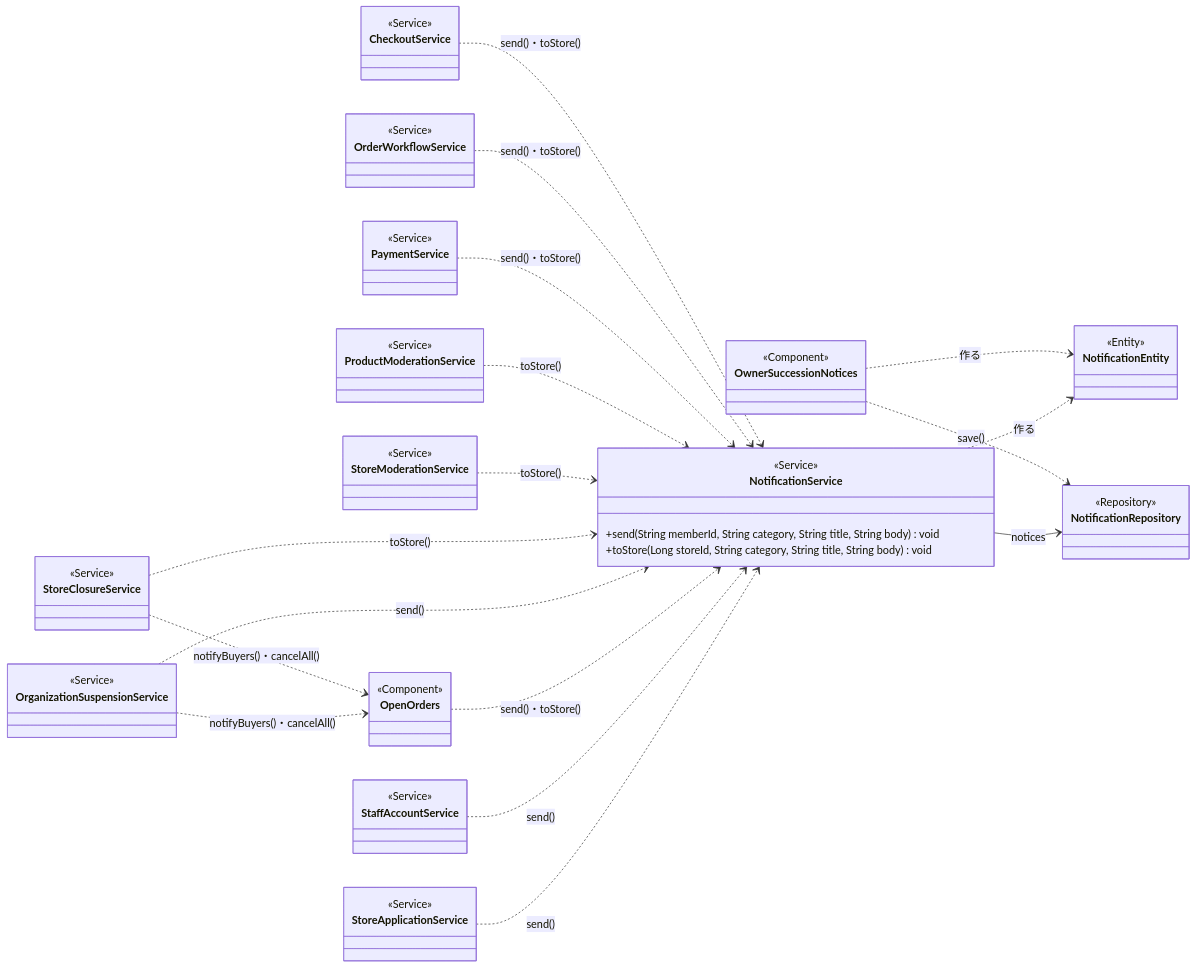
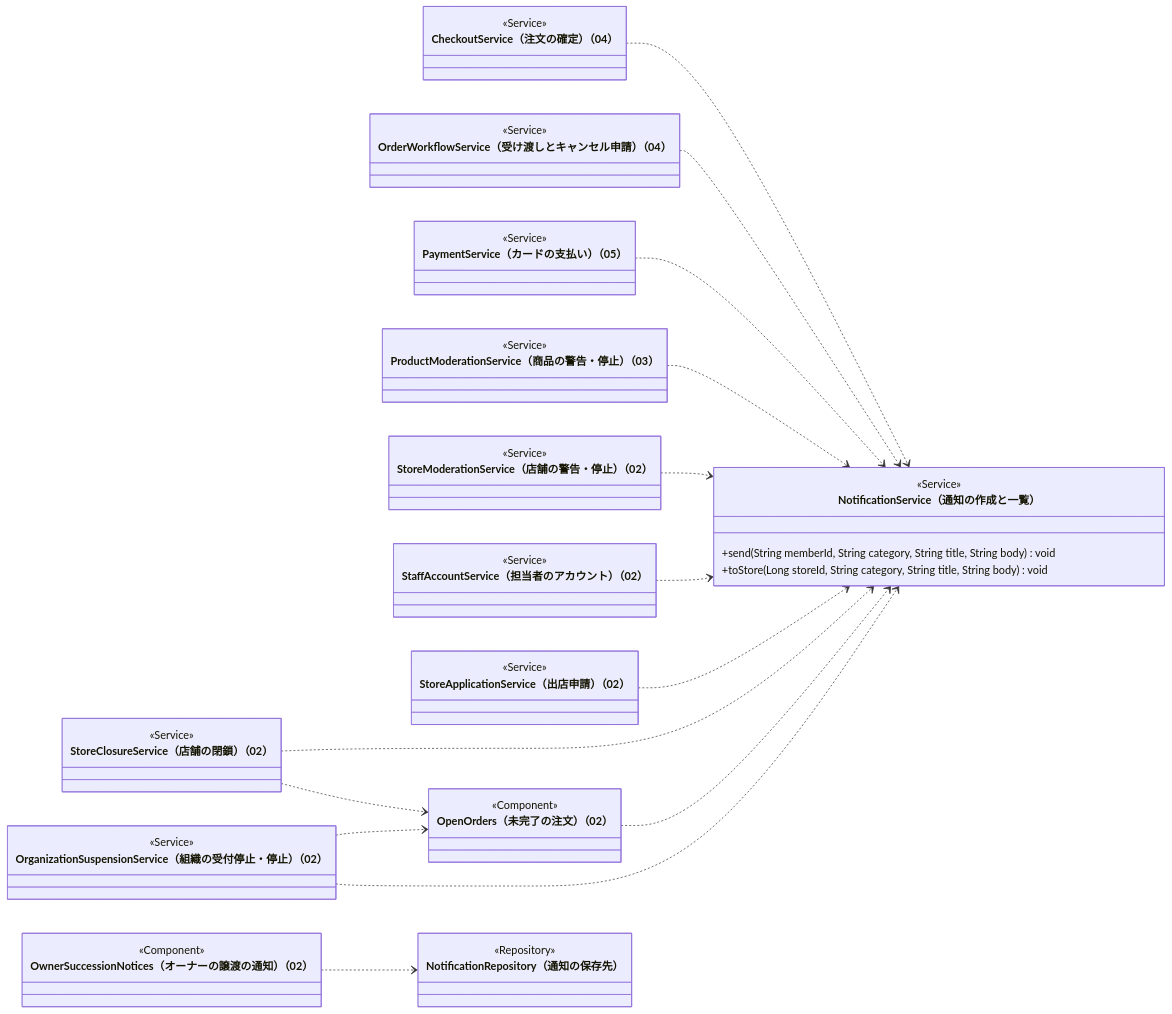
One commit to abeouga/kusakari-document changed the second of 7 diagrams in クラス図/kusakari-ec/07_通知と運営の記録.md. Above: the diagram before and after it, drawn with Mermaid. The commit also changed other lines of this file and 87 other files, not shown here.

Commit message:
EC のクラス図に全体図を足し、詳細図をデータとモジュールの図に分けて書き直す

````diff
--- a/クラス図/kusakari-ec/07_通知と運営の記録.md
+++ b/クラス図/kusakari-ec/07_通知と運営の記録.md
@@ -156,64 +134,58 @@
 ```mermaid
 classDiagram
     direction LR
-    class NotificationService {
+    class CheckoutService["CheckoutService（注文の確定）（04）"] {
+        <<Service>>
+    }
+    class OrderWorkflowService["OrderWorkflowService（受け渡しとキャンセル申請）（04）"] {
+        <<Service>>
+    }
+    class PaymentService["PaymentService（カードの支払い）（05）"] {
+        <<Service>>
+    }
+    class ProductModerationService["ProductModerationService（商品の警告・停止）（03）"] {
+        <<Service>>
+    }
+    class StoreModerationService["StoreModerationService（店舗の警告・停止）（02）"] {
+        <<Service>>
+    }
+    class StoreClosureService["StoreClosureService（店舗の閉鎖）（02）"] {
+        <<Service>>
+    }
+    class OrganizationSuspensionService["OrganizationSuspensionService（組織の受付停止・停止）（02）"] {
+        <<Service>>
+    }
+    class StaffAccountService["StaffAccountService（担当者のアカウント）（02）"] {
+        <<Service>>
+    }
+    class StoreApplicationService["StoreApplicationService（出店申請）（02）"] {
+        <<Service>>
+    }
+    class OpenOrders["OpenOrders（未完了の注文）（02）"] {
+        <<Component>>
+    }
+    class OwnerSuccessionNotices["OwnerSuccessionNotices（オーナーの譲渡の通知）（02）"] {
+        <<Component>>
+    }
+    class NotificationService["NotificationService（通知の作成と一覧）"] {
         <<Service>>
         +send(String memberId, String category, String title, String body) void
         +toStore(Long storeId, String category, String title, String body) void
     }
-    class NotificationEntity {
-        <<Entity>>
-    }
-    class NotificationRepository {
+    class NotificationRepository["NotificationRepository（通知の保存先）"] {
         <<Repository>>
     }
-    class CheckoutService {
-        <<Service>>
-    }
-    class OrderWorkflowService {
-        <<Service>>
-    }
-    class PaymentService {
-        <<Service>>
-    }
-    class ProductModerationService {
-        <<Service>>
-    }
-    class StoreModerationService {
-        <<Service>>
-    }
-    class StoreClosureService {
-        <<Service>>
-    }
-    class OrganizationSuspensionService {
-        <<Service>>
-    }
-    class OpenOrders {
-        <<Component>>
-    }
-    class StaffAccountService {
-        <<Service>>
-    }
-    class StoreApplicationService {
-        <<Service>>
-    }
-    class OwnerSuccessionNotices {
-        <<Component>>
-    }
-    CheckoutService ..> NotificationService : send()・toStore()
-    OrderWorkflowService ..> NotificationService : send()・toStore()
-    PaymentService ..> NotificationService : send()・toStore()
-    ProductModerationService ..> NotificationService : toStore()
-    StoreModerationService ..> NotificationService : toStore()
-    StoreClosureService ..> NotificationService : toStore()
-    StoreClosureService ..> OpenOrders : notifyBuyers()・cancelAll()
-    OrganizationSuspensionService ..> NotificationService : send()
-    OrganizationSuspensionService ..> OpenOrders : notifyBuyers()・cancelAll()
-    OpenOrders ..> NotificationService : send()・toStore()
-    StaffAccountService ..> NotificationService : send()
-    StoreApplicationService ..> NotificationService : send()
-    OwnerSuccessionNotices ..> NotificationRepository : save()
-    OwnerSuccessionNotices ..> NotificationEntity : 作る
-    NotificationService ..> NotificationEntity : 作る
-    NotificationService --> NotificationRepository : notices
+    CheckoutService ..> NotificationService
+    OrderWorkflowService ..> NotificationService
+    PaymentService ..> NotificationService
+    ProductModerationService ..> NotificationService
+    StoreModerationService ..> NotificationService
+    StoreClosureService ..> NotificationService
+    StoreClosureService ..> OpenOrders
+    OrganizationSuspensionService ..> OpenOrders
+    OrganizationSuspensionService ..> NotificationService
+    OpenOrders ..> NotificationService
+    StaffAccountService ..> NotificationService
+    StoreApplicationService ..> NotificationService
+    OwnerSuccessionNotices ..> NotificationRepository
 ```
````
